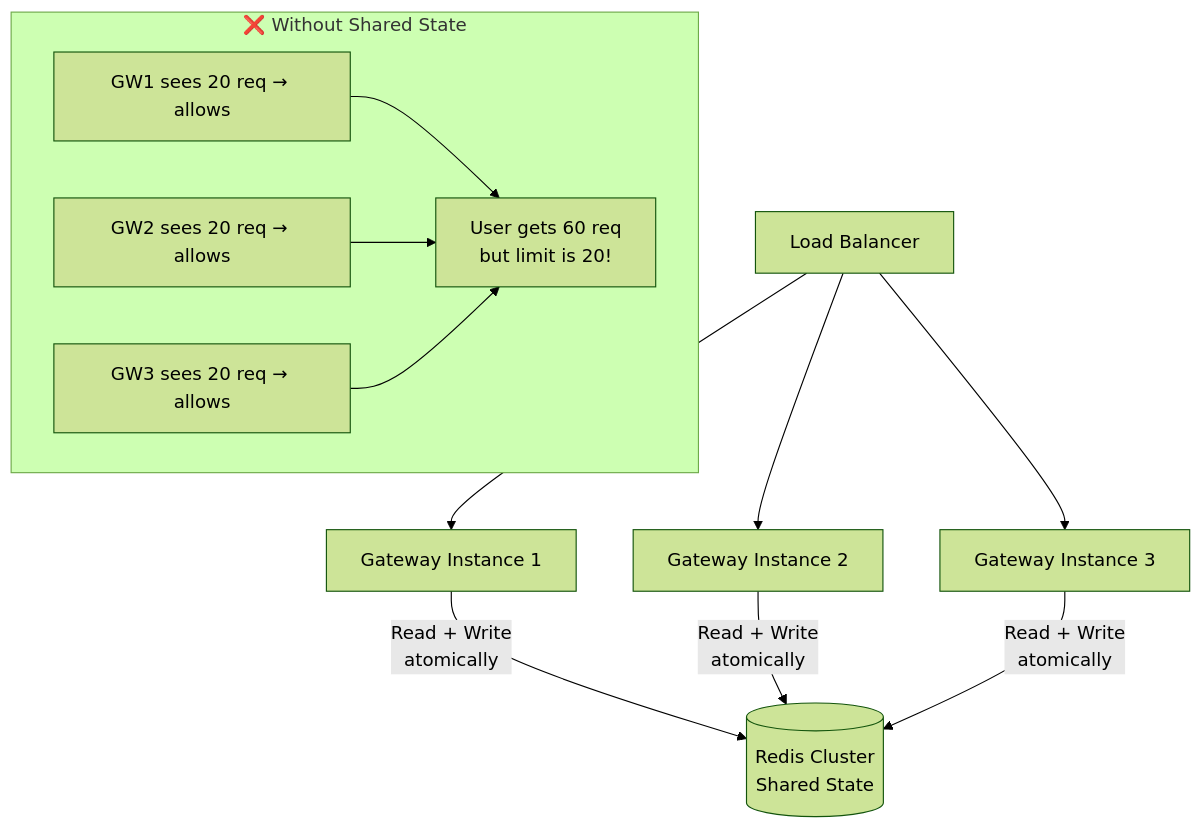
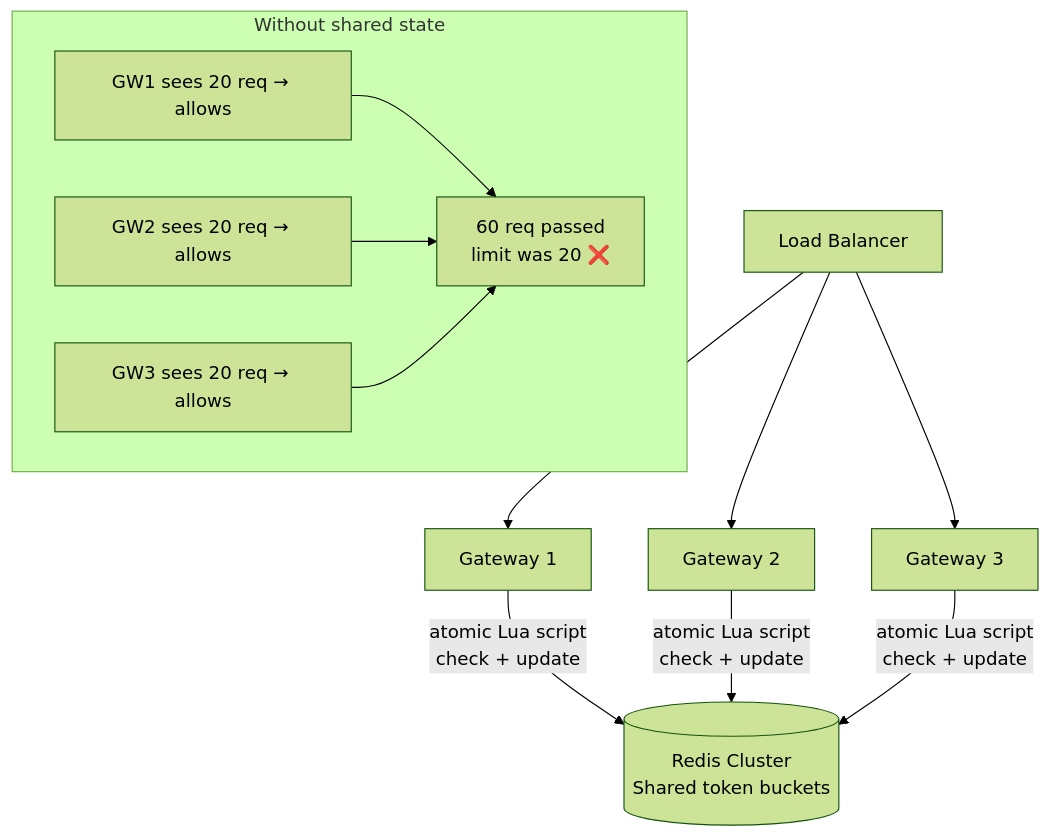
Before and after one commit to gajwala/DSA-Topic-wise: the fourth of 6 diagrams in SYSTEM_DESIGN/Rate Limiter.md, drawn with Mermaid (forest theme). The commit also changed other lines of this file, not shown here.

````diff
--- a/SYSTEM_DESIGN/Rate Limiter.md
+++ b/SYSTEM_DESIGN/Rate Limiter.md
@@ -194,15 +142,13 @@
 ```mermaid
 flowchart TD
-    LB[Load Balancer] --> GW1[Gateway Instance 1]
-    LB --> GW2[Gateway Instance 2]
-    LB --> GW3[Gateway Instance 3]
-
-    GW1 & GW2 & GW3 -->|Read + Write\natomically| REDIS[(Redis Cluster\nShared State)]
-
-    subgraph Problem [❌ Without Shared State]
+    LB[Load Balancer] --> GW1[Gateway 1]
+    LB --> GW2[Gateway 2]
+    LB --> GW3[Gateway 3]
+    GW1 & GW2 & GW3 -->|atomic Lua script\ncheck + update| REDIS[(Redis Cluster\nShared token buckets)]
+    subgraph Race [Without shared state]
         P1[GW1 sees 20 req → allows]
         P2[GW2 sees 20 req → allows]
         P3[GW3 sees 20 req → allows]
-        P1 & P2 & P3 --> OVER[User gets 60 req\nbut limit is 20!]
+        P1 & P2 & P3 --> OVER[60 req passed\nlimit was 20 ❌]
     end
 ```
````
